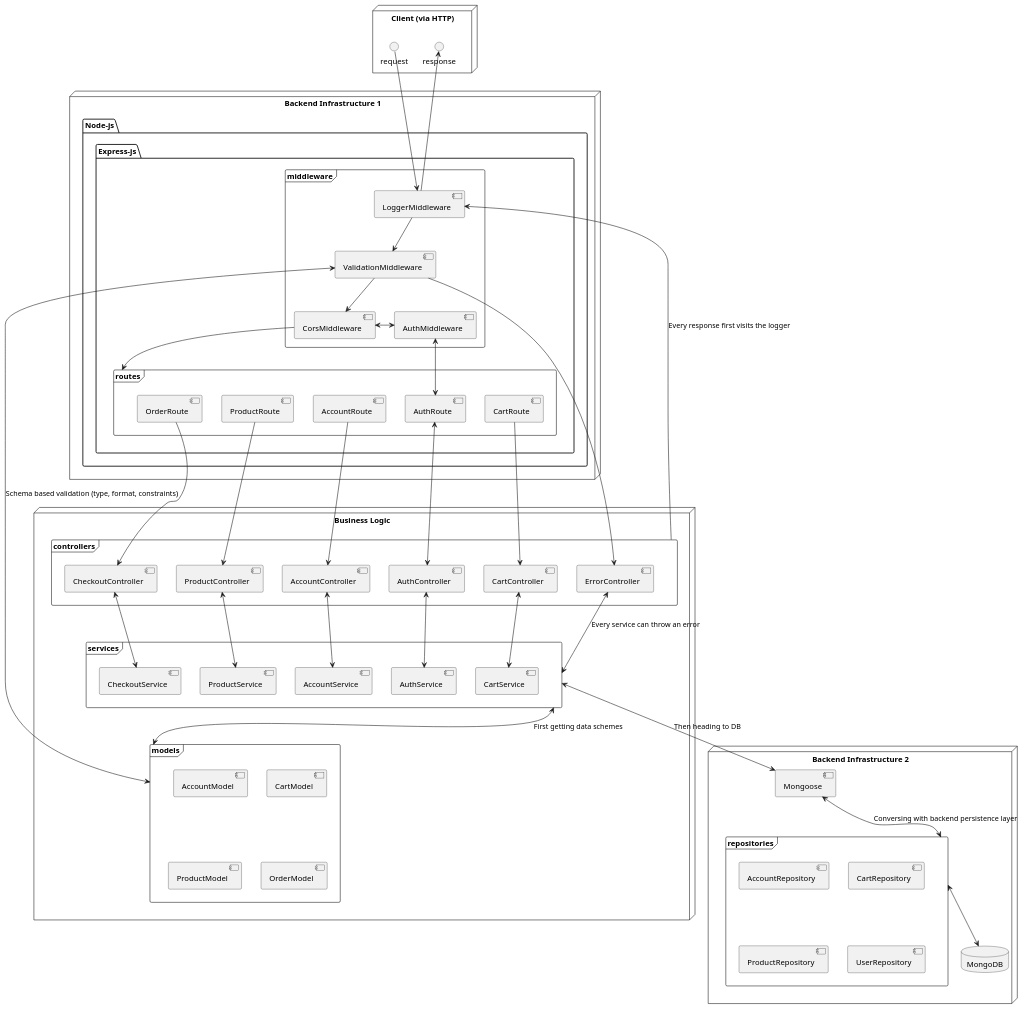
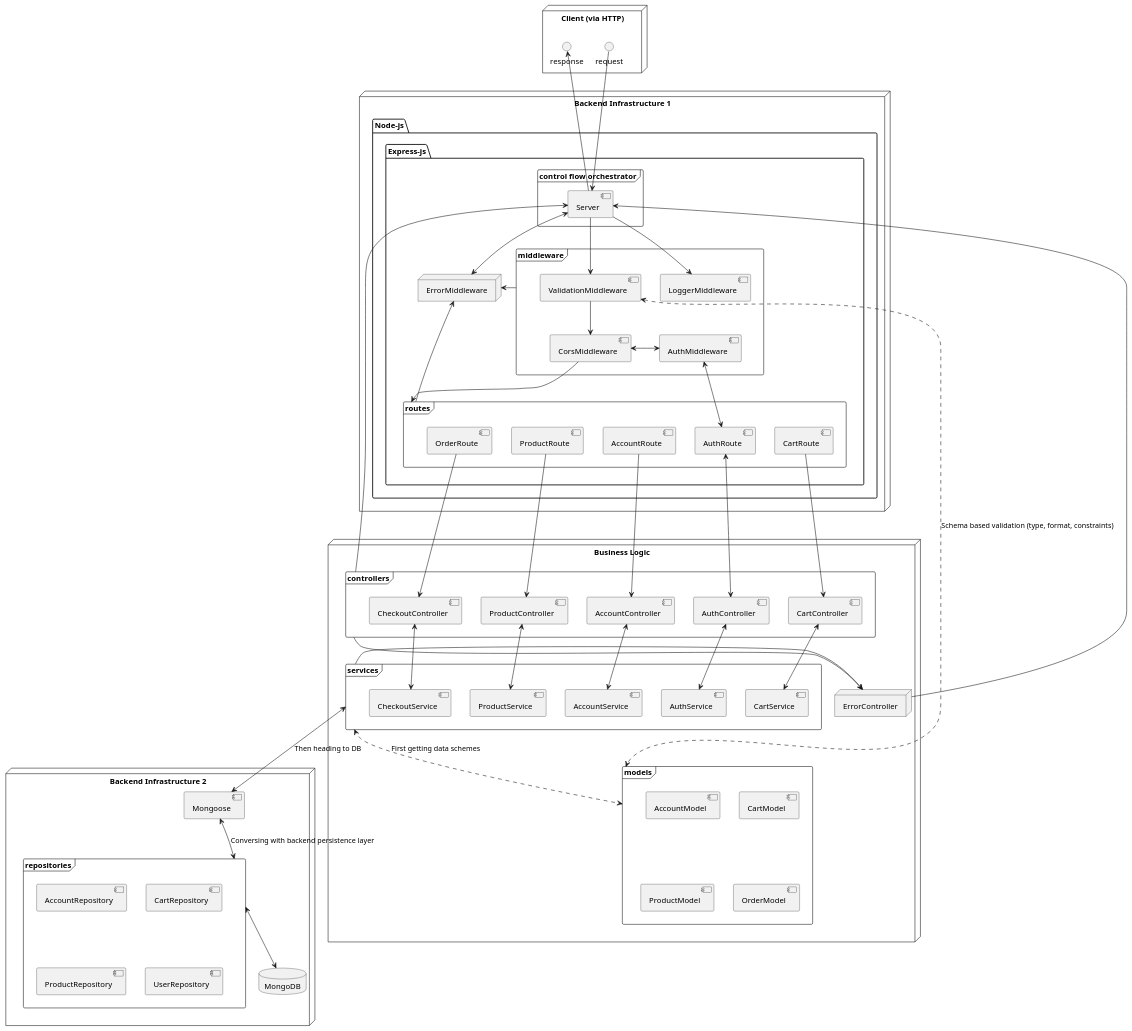
The diagram in documentation/ME(R)N Component Overview.puml (Matans844/e-commerce-backend), drawn with PlantUML before and after one commit.

Commit message:
The server is the glue between infrastructure and business logic, or conductor of this whole process. In addition, there should be a separate error handler for the middleware, for situations that happen before the business logic is involved.

```diff
--- a/documentation/ME(R)N Component Overview.puml
+++ b/documentation/ME(R)N Component Overview.puml
@@ -1,129 +1,144 @@
 @startuml
 'https://plantuml.com/component-diagram
 
 node "Client (via HTTP)"{
     () request
     () response
 }
 
 
 node "Backend Infrastructure 1"{
+
     package "Node-js" {
 
         package "Express-js" {
+            frame "control flow orchestrator"{
+                [Server]
+            }
+
             frame "middleware"{
                 [AuthMiddleware]
                 [CorsMiddleware]
                 [LoggerMiddleware]
                 [ValidationMiddleware]
+            }
+            node "ErrorMiddleware"{
             }
 
             frame "routes"{
                 [AccountRoute]
                 [AuthRoute]
                 [CartRoute]
                 [OrderRoute]
                 [ProductRoute]
             }
         }
     }
 }
 
 node "Business Logic"{
 
     frame "controllers"{
-        [ErrorController]
         [AccountController]
         [AuthController]
         [CartController]
         [ProductController]
         [CheckoutController]
+    }
+    node "ErrorController"{
     }
 
     frame "services"{
         [AccountService]
         [AuthService]
         [CartService]
         [ProductService]
         [CheckoutService]
     }
 
     frame "models"{
         [AccountModel]
         [CartModel]
         [ProductModel]
         [OrderModel]
     }
 }
 
 node "Backend Infrastructure 2"{
     [Mongoose]
 
     frame "repositories"{
         [AccountRepository]
         [CartRepository]
         [ProductRepository]
         [UserRepository]
     }
 
     database "MongoDB" {
-
     }
 
 }
 
-request -left-> [LoggerMiddleware]
-[LoggerMiddleware] -up-> response
-[LoggerMiddleware] -down-> [ValidationMiddleware]
-[ValidationMiddleware] --> [ErrorController]
+request -down-> [Server]
+[Server] -right-> response
+
+[Server] -down-> [LoggerMiddleware]
+[Server] -down-> [ValidationMiddleware]
+
+"middleware" -right-> [ErrorMiddleware]
+"routes" -up-> [ErrorMiddleware]
+[ErrorMiddleware] <-up-> [Server]
 
 [ValidationMiddleware] --> [CorsMiddleware]
-[ValidationMiddleware] <--> "models" : Schema based validation (type, format, constraints)
+[ValidationMiddleware] <..> "models" : Schema based validation (type, format, constraints)
 [CorsMiddleware] <-right-> [AuthMiddleware]
 [CorsMiddleware] -down-> "routes"
 
 [AuthMiddleware] <--> [AuthRoute]
 [AuthRoute] <--> [AuthController]
 [AuthController] <--> [AuthService]
 
 [AccountRoute] -down-> [AccountController]
 [CartRoute] -down-> [CartController]
 [OrderRoute] -down-> [CheckoutController]
 [ProductRoute] -down-> [ProductController]
 
 [AccountController] <--> [AccountService]
 [CartController] <--> [CartService]
 [ProductController] <--> [ProductService]
 [CheckoutController] <--> [CheckoutService]
-"controllers" --> [LoggerMiddleware] : Every response first visits the logger
+"controllers" -right-> [Server]
 
 
-"services" <--> "models" : First getting data schemes
-"services" <--> [ErrorController] : Every service can throw an error
+"services" <..> "models" : First getting data schemes
+"services" -right-> [ErrorController]
+"controllers" --> [ErrorController]
+[ErrorController] --> [Server]
+
 "services" <-down-> [Mongoose] : Then heading to DB
 [Mongoose] <-down-> "repositories" : Conversing with backend persistence layer
 "repositories" <-down-> "MongoDB"
 
 
 
 
 
 
 
 
 
 
 
 
 
 
 
 
 
 
 
 
 
 
 
 @enduml
```
